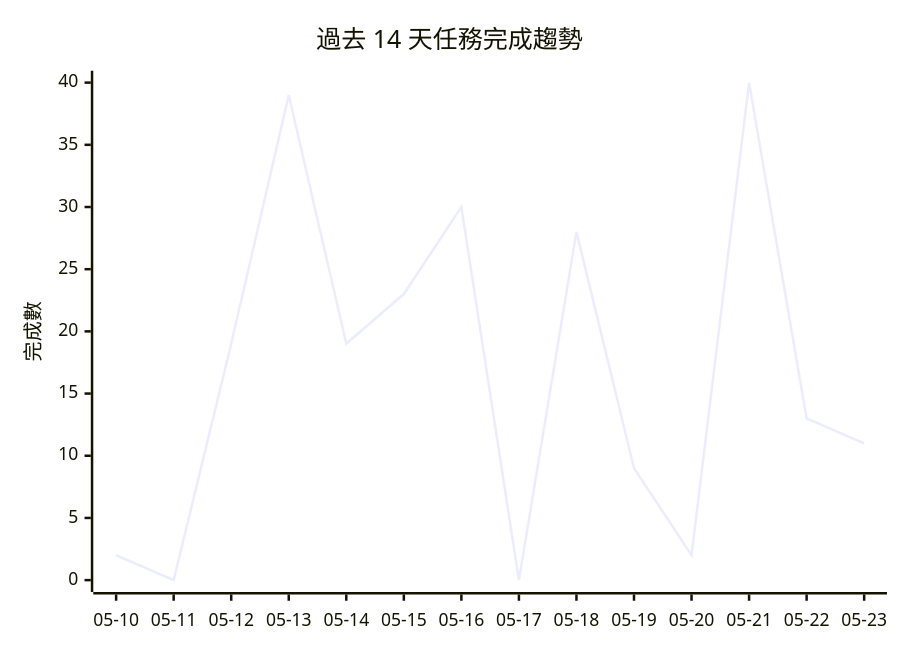
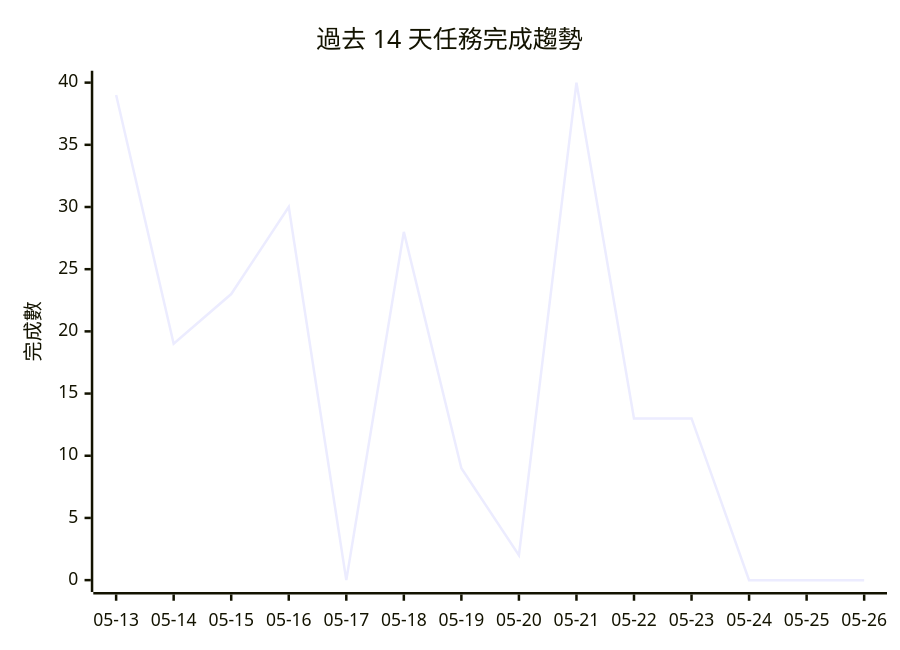
Before and after one commit to openclawchen8-lgtm/openclawchen8-lgtm: the diagram in README.md, drawn with Mermaid. The commit also changed other lines of this file, not shown here.

````diff
--- a/README.md
+++ b/README.md
@@ -146,7 +146,7 @@
 ```mermaid
 xychart-beta
     title "過去 14 天任務完成趨勢"
-    x-axis ["05-10", "05-11", "05-12", "05-13", "05-14", "05-15", "05-16", "05-17", "05-18", "05-19", "05-20", "05-21", "05-22", "05-23"]
+    x-axis ["05-13", "05-14", "05-15", "05-16", "05-17", "05-18", "05-19", "05-20", "05-21", "05-22", "05-23", "05-24", "05-25", "05-26"]
     y-axis "完成數" 0 --> 40
-    line [2, 0, 19, 39, 19, 23, 30, 0, 28, 9, 2, 40, 13, 11]
+    line [39, 19, 23, 30, 0, 28, 9, 2, 40, 13, 13, 0, 0, 0]
 ```
````
